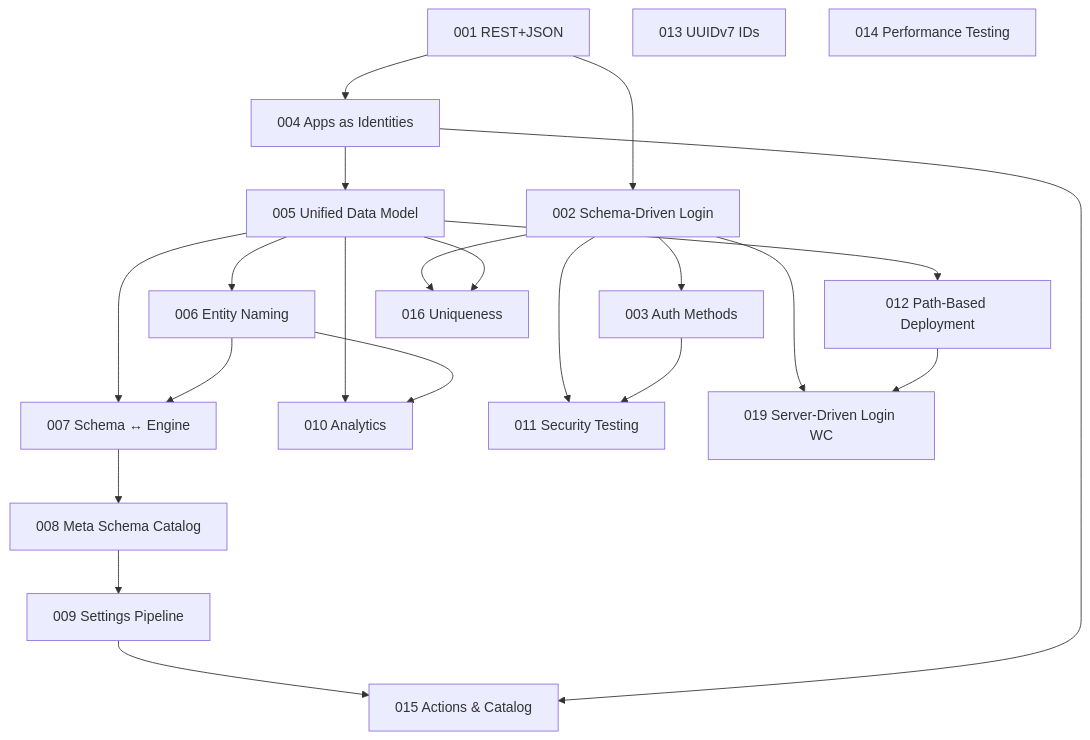
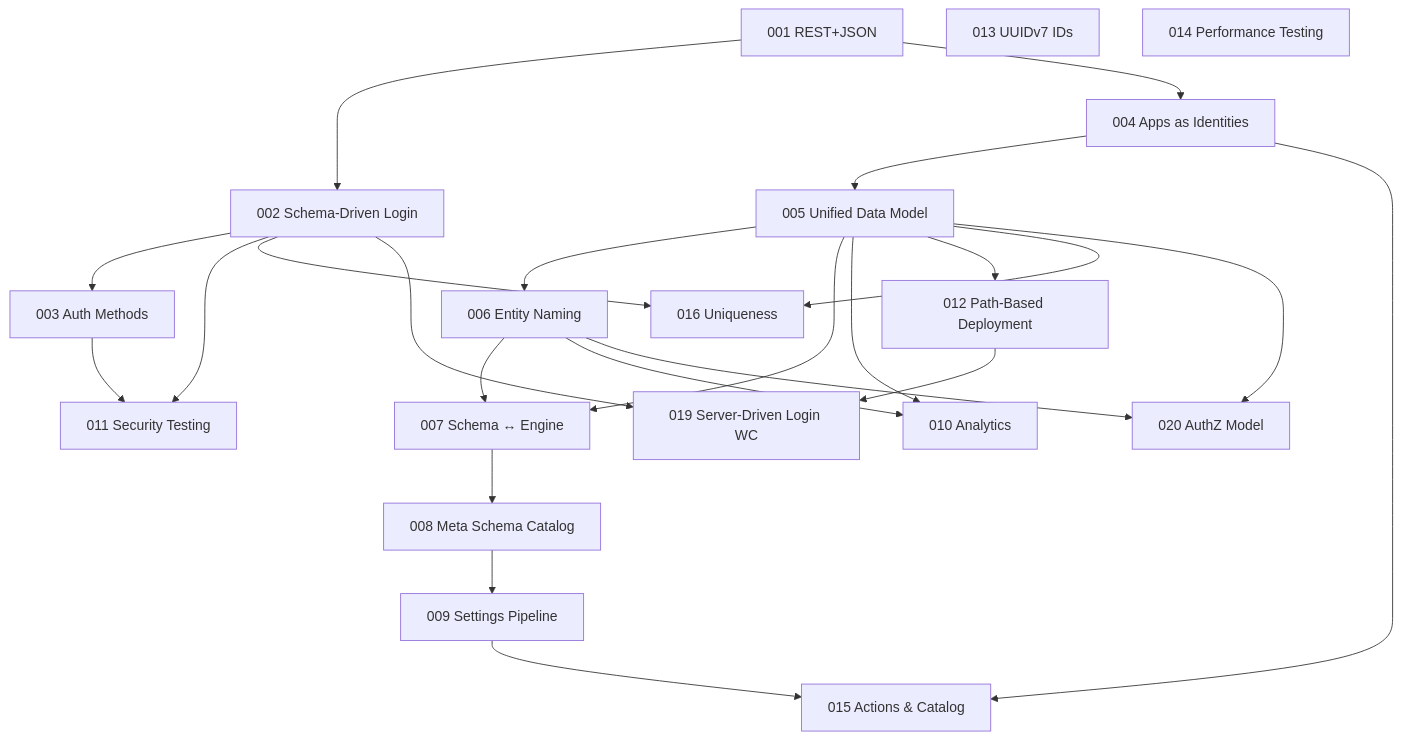
One commit to fforootd/hodor changed the diagram in docs/000-index.md. Above: the diagram before and after it, drawn with Mermaid. The commit also changed other lines of this file and 31 other files, not shown here.

````diff
--- a/docs/000-index.md
+++ b/docs/000-index.md
@@ -56,25 +57,27 @@
 ```mermaid
 graph TD
     A001[001 REST+JSON] --> A002[002 Schema-Driven Login]
     A002 --> A003[003 Auth Methods]
     A001 --> A004[004 Apps as Identities]
     A004 --> A005[005 Unified Data Model]
     A005 --> A006[006 Entity Naming]
     A005 --> A007[007 Schema ↔ Engine]
     A006 --> A007
     A007 --> A008[008 Meta Schema Catalog]
     A008 --> A009[009 Settings Pipeline]
     A005 --> A010[010 Analytics]
     A006 --> A010
     A002 --> A011[011 Security Testing]
     A003 --> A011
     A005 --> A012[012 Path-Based Deployment]
     A013[013 UUIDv7 IDs]
     A014[014 Performance Testing]
     A009 --> A015[015 Actions & Catalog]
     A004 --> A015
     A002 --> A016[016 Uniqueness]
     A005 --> A016
     A002 --> A019[019 Server-Driven Login WC]
     A012 --> A019
+    A005 --> A020[020 AuthZ Model]
+    A006 --> A020
 ```
````
